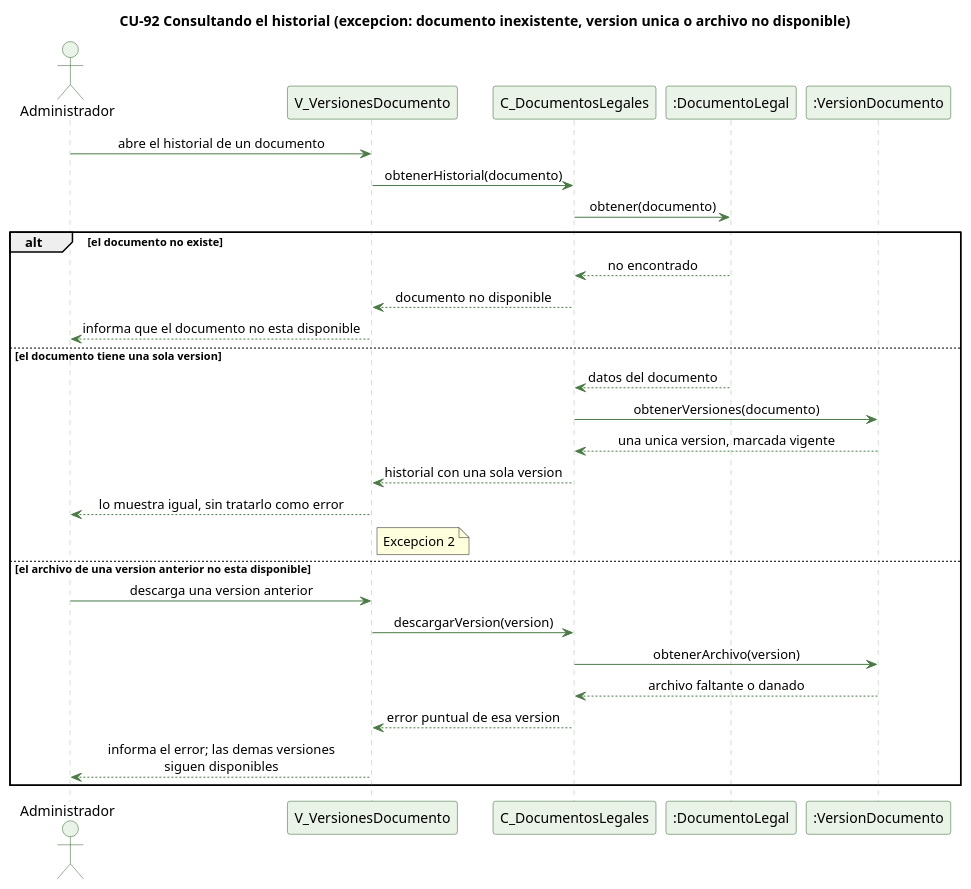
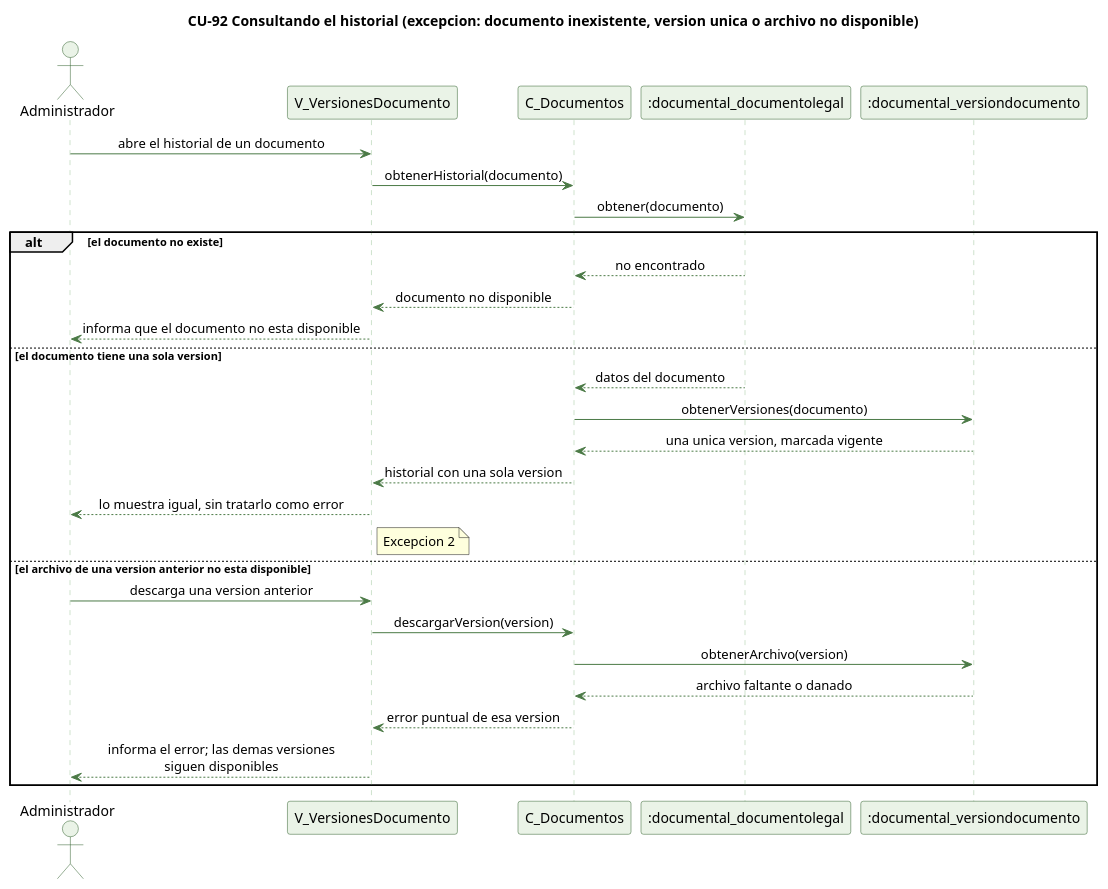
Before and after one commit to kenjikaese/Triverde: the diagram in docs/trabajo-grupal/diagramas/secuencias/cu92-historial-versiones-excepcion.puml, drawn with PlantUML. The commit also changed 41 other files, not shown here.

```diff
--- a/docs/trabajo-grupal/diagramas/secuencias/cu92-historial-versiones-excepcion.puml
+++ b/docs/trabajo-grupal/diagramas/secuencias/cu92-historial-versiones-excepcion.puml
@@ -1,45 +1,45 @@
 @startuml cu92-historial-versiones-excepcion
 ' CU-92 Consultando el historial de versiones - flujo de excepcion
 skinparam backgroundColor #FFFFFF
 skinparam shadowing false
 skinparam defaultFontName Helvetica
 skinparam sequenceMessageAlign center
 skinparam ParticipantBackgroundColor #EAF3E7
 skinparam ParticipantBorderColor #2E5E2A
 skinparam ActorBackgroundColor #EAF3E7
 skinparam ActorBorderColor #2E5E2A
 skinparam sequenceLifeLineBorderColor #9CC49A
 skinparam ArrowColor #4B7A46
 
 title CU-92 Consultando el historial (excepcion: documento inexistente, version unica o archivo no disponible)
 
 actor Administrador
 participant "V_VersionesDocumento" as V
-participant "C_DocumentosLegales" as C
-participant ":DocumentoLegal" as D
-participant ":VersionDocumento" as VD
+participant "C_Documentos" as C
+participant ":documental_documentolegal" as D
+participant ":documental_versiondocumento" as VD
 
 Administrador -> V : abre el historial de un documento
 V -> C : obtenerHistorial(documento)
 C -> D : obtener(documento)
 alt el documento no existe
   D --> C : no encontrado
   C --> V : documento no disponible
   V --> Administrador : informa que el documento no esta disponible
 else el documento tiene una sola version
   D --> C : datos del documento
   C -> VD : obtenerVersiones(documento)
   VD --> C : una unica version, marcada vigente
   C --> V : historial con una sola version
   V --> Administrador : lo muestra igual, sin tratarlo como error
   note right of V : Excepcion 2
 else el archivo de una version anterior no esta disponible
   Administrador -> V : descarga una version anterior
   V -> C : descargarVersion(version)
   C -> VD : obtenerArchivo(version)
   VD --> C : archivo faltante o danado
   C --> V : error puntual de esa version
   V --> Administrador : informa el error; las demas versiones\nsiguen disponibles
 end
 
 @enduml
```
